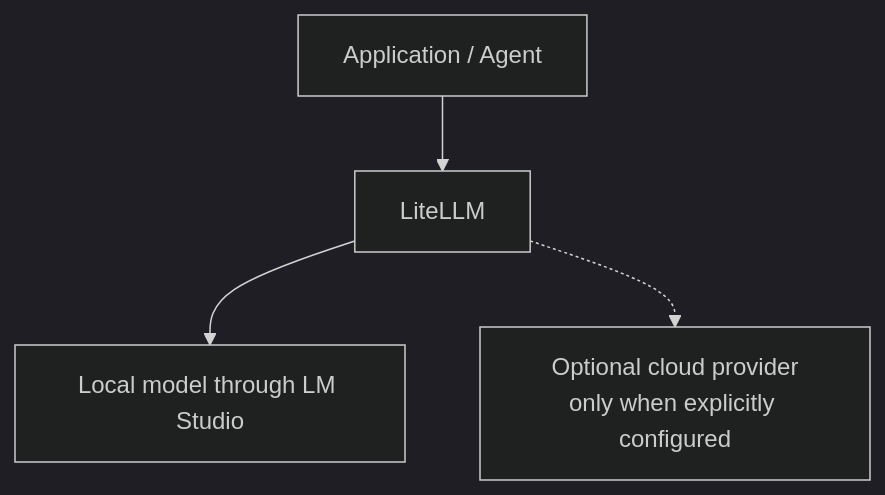
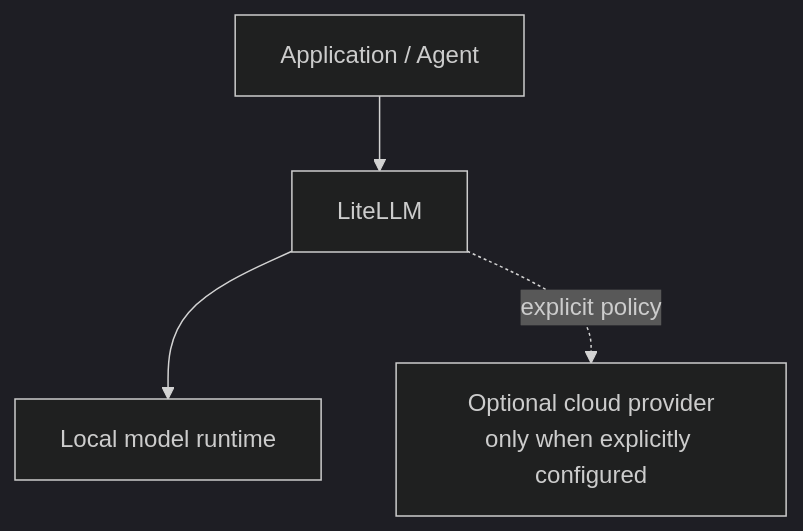
Before and after one commit to ea1het/local_hybrid_ai: the second of 5 diagrams in README.md, drawn with Mermaid (dark theme). The commit also changed other lines of this file and 9 other files, not shown here.

````diff
--- a/README.md
+++ b/README.md
@@ -71,11 +78,11 @@
 ```mermaid
 flowchart TD
     A[Application / Agent]
     L[LiteLLM]
-    LM[Local model through LM Studio]
+    LM[Local model runtime]
     C[Optional cloud provider<br/>only when explicitly configured]
 
     A --> L
     L --> LM
-    L -.-> C
+    L -. explicit policy .-> C
 ```
````
